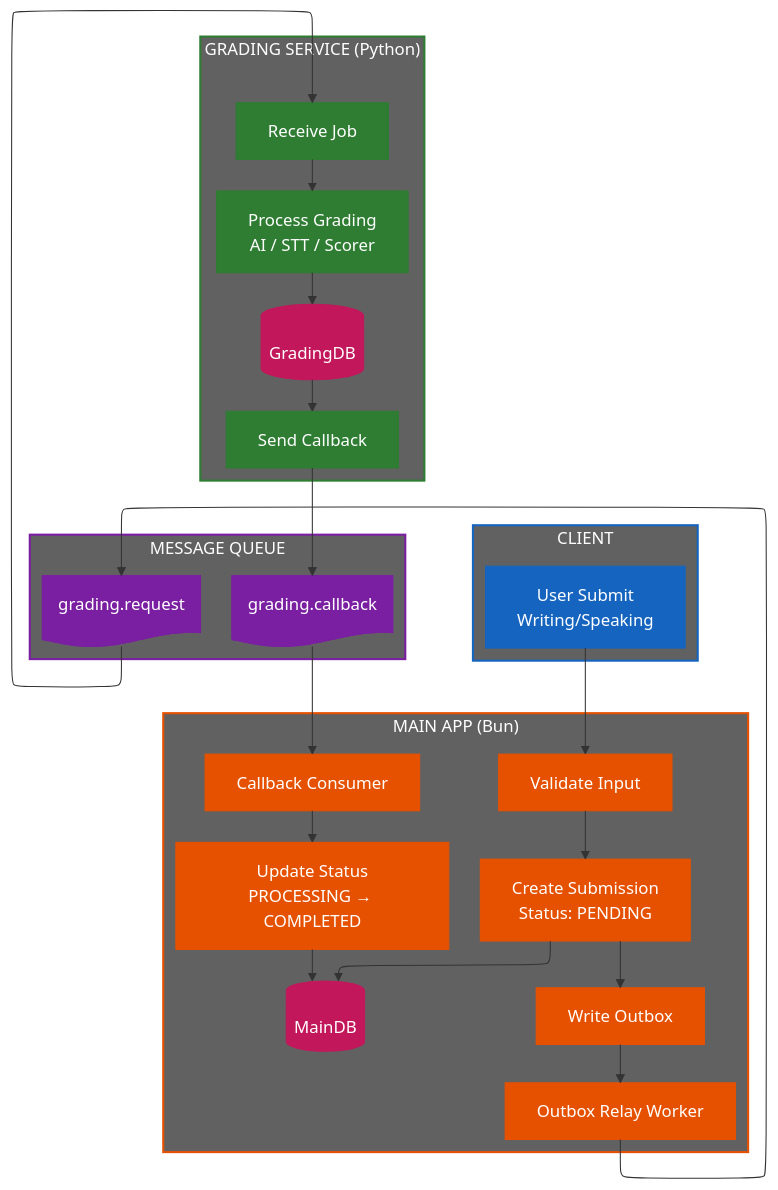
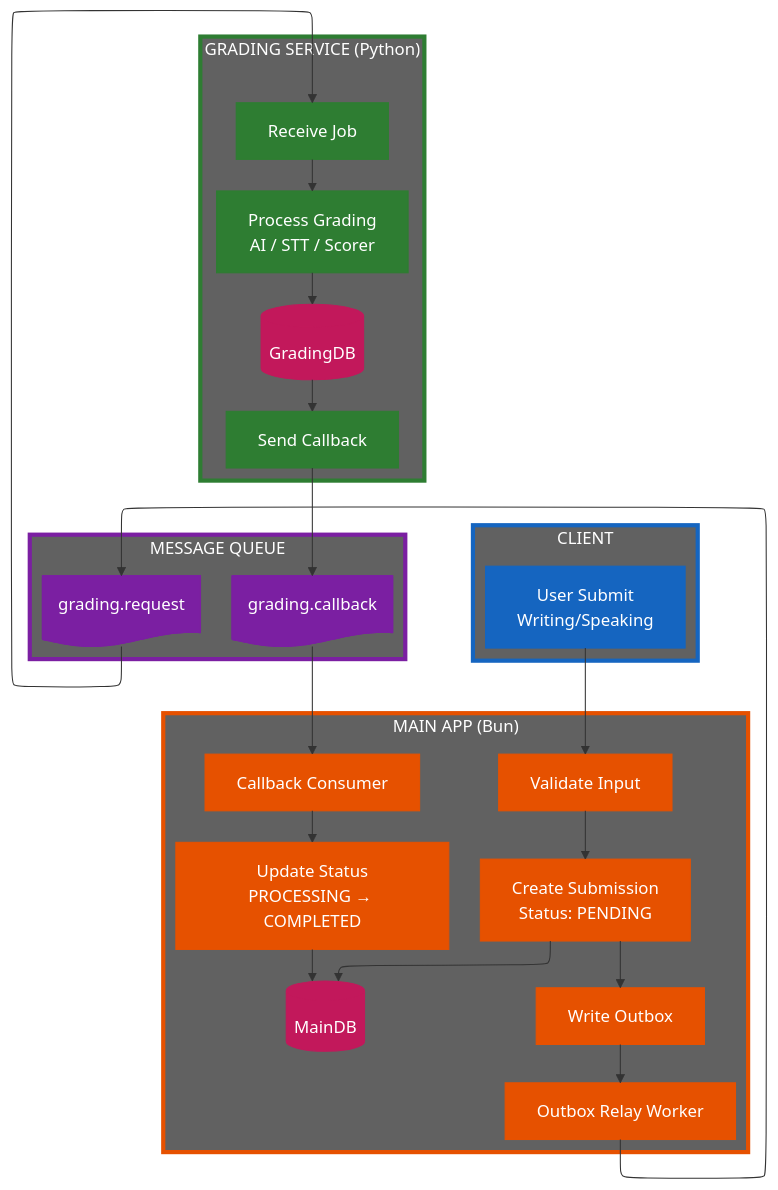
The second of 12 diagrams in docs/capstone/diagrams/flow-diagrams.vi.md (nghyane/VSTEP), drawn with Mermaid before and after one commit. The commit also changed other lines of this file, not shown here.

First line of the commit message:
fix(docs): increase box stroke width to 4px for better visibility

````diff
--- a/docs/capstone/diagrams/flow-diagrams.vi.md
+++ b/docs/capstone/diagrams/flow-diagrams.vi.md
@@ -95,64 +95,64 @@
 ```mermaid
 ---
 config:
   layout: elk
 ---
 flowchart TB
     subgraph Client["CLIENT"]
         User["User Submit\nWriting/Speaking"]
     end
 
     subgraph Bun["MAIN APP (Bun)"]
         direction TB
         Validate["Validate Input"]
         CreateSub["Create Submission\nStatus: PENDING"]
         SaveDB[("MainDB")]
         WriteOutbox["Write Outbox"]
         Relay["Outbox Relay Worker"]
         Consume["Callback Consumer"]
         UpdateStatus["Update Status\nPROCESSING → COMPLETED"]
     end
 
     subgraph Queue["MESSAGE QUEUE"]
         ReqQueue@{ shape: doc, label: "grading.request" }
         CbQueue@{ shape: doc, label: "grading.callback" }
     end
 
     subgraph Python["GRADING SERVICE (Python)"]
         direction TB
         Receive["Receive Job"]
         Process["Process Grading\nAI / STT / Scorer"]
         SaveGrade[("GradingDB")]
         SendCb["Send Callback"]
     end
 
     User --> Validate --> CreateSub --> SaveDB
     CreateSub --> WriteOutbox
     WriteOutbox --> Relay --> ReqQueue --> Receive
     Receive --> Process --> SaveGrade --> SendCb --> CbQueue --> Consume
     Consume --> UpdateStatus --> SaveDB
 
     %% Nodes
     classDef client fill:#1565c0,stroke:#1565c0,color:#fff
     classDef bun fill:#e65100,stroke:#e65100,color:#fff
     classDef queue fill:#7b1fa2,stroke:#7b1fa2,color:#fff
     classDef python fill:#2e7d32,stroke:#2e7d32,color:#fff
     classDef db fill:#c2185b,stroke:#c2185b,color:#fff
 
     %% Boxes - transparent with thick colored border
-    classDef clientBox fill:#616161,stroke:#1565c0,stroke-width:2px,color:#fff
-    classDef bunBox fill:#616161,stroke:#e65100,stroke-width:2px,color:#fff
-    classDef queueBox fill:#616161,stroke:#7b1fa2,stroke-width:2px,color:#fff
-    classDef pythonBox fill:#616161,stroke:#2e7d32,stroke-width:2px,color:#fff
+    classDef clientBox fill:#616161,stroke:#1565c0,stroke-width:4px,color:#fff
+    classDef bunBox fill:#616161,stroke:#e65100,stroke-width:4px,color:#fff
+    classDef queueBox fill:#616161,stroke:#7b1fa2,stroke-width:4px,color:#fff
+    classDef pythonBox fill:#616161,stroke:#2e7d32,stroke-width:4px,color:#fff
 
     class Client clientBox
     class Bun bunBox
     class Queue queueBox
     class Python pythonBox
 
     class User client
     class Validate,CreateSub,WriteOutbox,Relay,Consume,UpdateStatus bun
     class ReqQueue,CbQueue queue
     class Receive,Process,SendCb python
     class SaveDB,SaveGrade db
 ```
````
